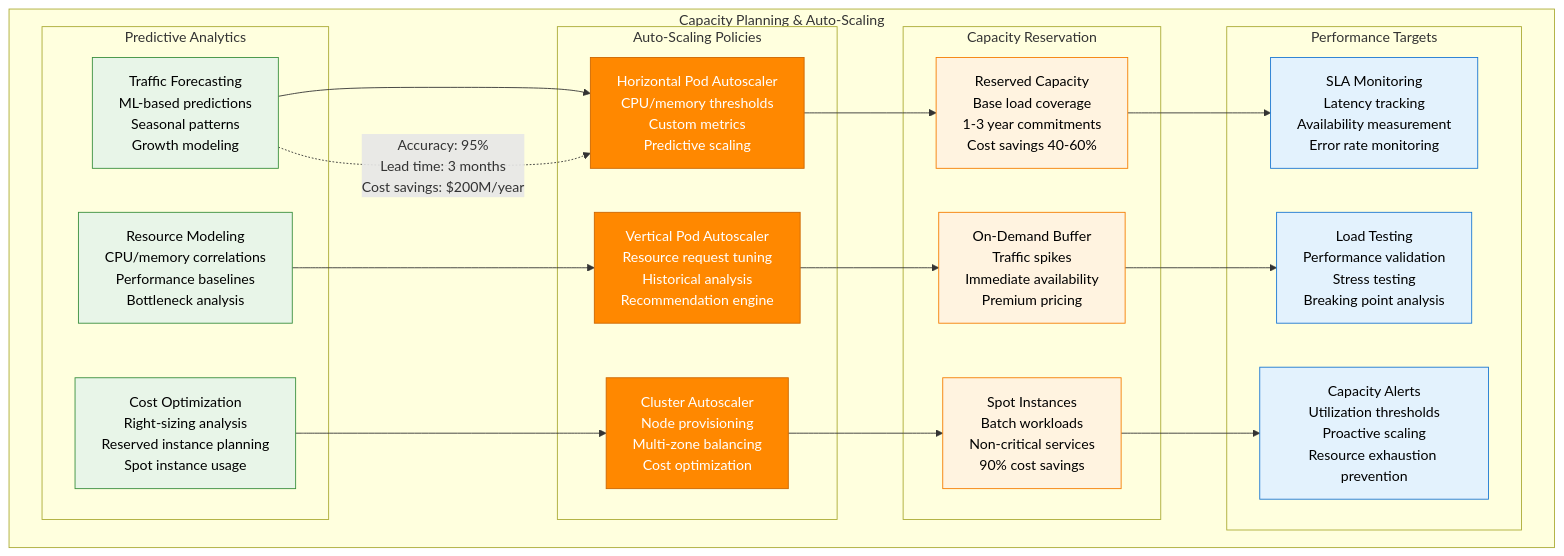
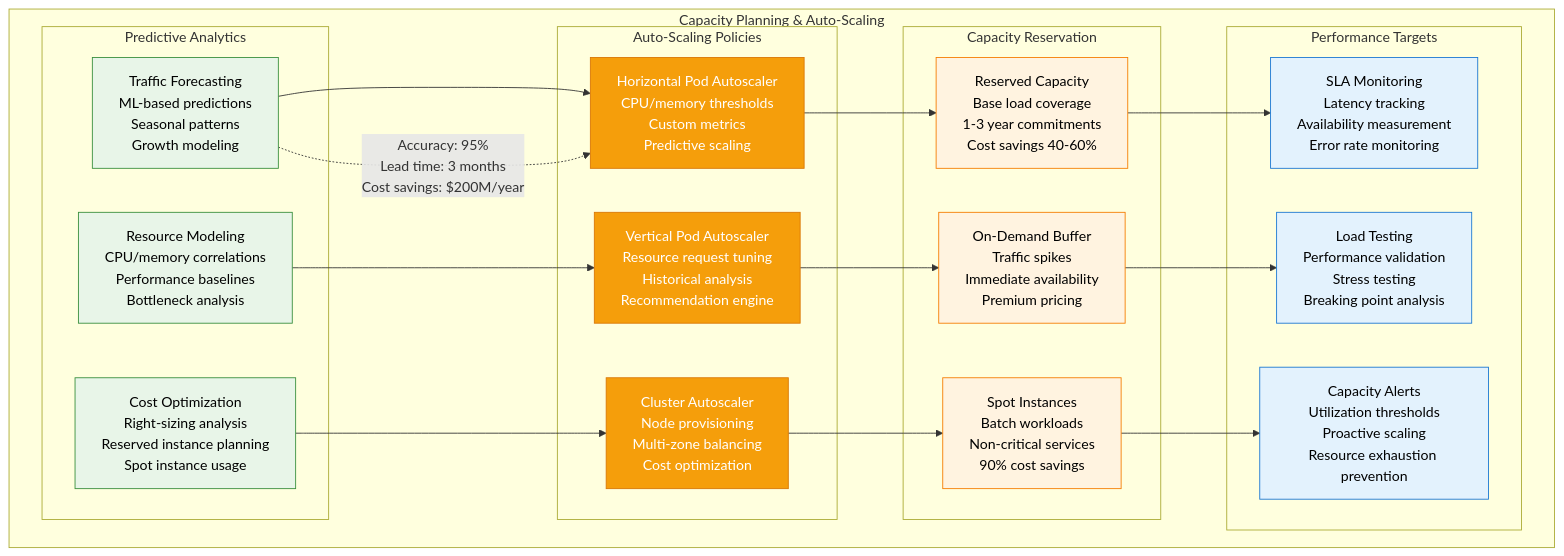
Before and after one commit to deepaucksharma/DS: the sixth of 7 diagrams in site/docs/systems/linkedin/production-operations.md, drawn with Mermaid. The commit also changed other lines of this file and 303 other files, not shown here.

````diff
--- a/site/docs/systems/linkedin/production-operations.md
+++ b/site/docs/systems/linkedin/production-operations.md
@@ -298,53 +298,53 @@
 ```mermaid
 graph TB
     subgraph CapacityManagement[Capacity Planning & Auto-Scaling]
         subgraph PredictiveAnalytics[Predictive Analytics]
             TRAFFIC_FORECASTING[Traffic Forecasting<br/>ML-based predictions<br/>Seasonal patterns<br/>Growth modeling]
             RESOURCE_MODELING[Resource Modeling<br/>CPU/memory correlations<br/>Performance baselines<br/>Bottleneck analysis]
             COST_OPTIMIZATION[Cost Optimization<br/>Right-sizing analysis<br/>Reserved instance planning<br/>Spot instance usage]
         end
 
         subgraph AutoScalingPolicies[Auto-Scaling Policies]
             HPA[Horizontal Pod Autoscaler<br/>CPU/memory thresholds<br/>Custom metrics<br/>Predictive scaling]
             VPA[Vertical Pod Autoscaler<br/>Resource request tuning<br/>Historical analysis<br/>Recommendation engine]
             CLUSTER_AUTOSCALER[Cluster Autoscaler<br/>Node provisioning<br/>Multi-zone balancing<br/>Cost optimization]
         end
 
         subgraph CapacityReservation[Capacity Reservation]
             RESERVED_CAPACITY[Reserved Capacity<br/>Base load coverage<br/>1-3 year commitments<br/>Cost savings 40-60%]
             ON_DEMAND_BUFFER[On-Demand Buffer<br/>Traffic spikes<br/>Immediate availability<br/>Premium pricing]
             SPOT_INSTANCES[Spot Instances<br/>Batch workloads<br/>Non-critical services<br/>90% cost savings]
         end
 
         subgraph PerformanceTargets[Performance Targets]
             SLA_MONITORING[SLA Monitoring<br/>Latency tracking<br/>Availability measurement<br/>Error rate monitoring]
             LOAD_TESTING[Load Testing<br/>Performance validation<br/>Stress testing<br/>Breaking point analysis]
             CAPACITY_ALERTS[Capacity Alerts<br/>Utilization thresholds<br/>Proactive scaling<br/>Resource exhaustion prevention]
         end
     end
 
     TRAFFIC_FORECASTING --> HPA
     RESOURCE_MODELING --> VPA
     COST_OPTIMIZATION --> CLUSTER_AUTOSCALER
 
     HPA --> RESERVED_CAPACITY
     VPA --> ON_DEMAND_BUFFER
     CLUSTER_AUTOSCALER --> SPOT_INSTANCES
 
     RESERVED_CAPACITY --> SLA_MONITORING
     ON_DEMAND_BUFFER --> LOAD_TESTING
     SPOT_INSTANCES --> CAPACITY_ALERTS
 
     %% Capacity metrics
     TRAFFIC_FORECASTING -.->|"Accuracy: 95%<br/>Lead time: 3 months<br/>Cost savings: $200M/year"| HPA
 
     classDef analyticsStyle fill:#E8F5E8,stroke:#388E3C,color:#000
-    classDef scalingStyle fill:#FF8800,stroke:#CC6600,color:#fff
+    classDef scalingStyle fill:#F59E0B,stroke:#D97706,color:#fff
     classDef reservationStyle fill:#FFF3E0,stroke:#F57C00,color:#000
     classDef targetStyle fill:#E3F2FD,stroke:#1976D2,color:#000
 
     class TRAFFIC_FORECASTING,RESOURCE_MODELING,COST_OPTIMIZATION analyticsStyle
     class HPA,VPA,CLUSTER_AUTOSCALER scalingStyle
     class RESERVED_CAPACITY,ON_DEMAND_BUFFER,SPOT_INSTANCES reservationStyle
     class SLA_MONITORING,LOAD_TESTING,CAPACITY_ALERTS targetStyle
 ```
````
